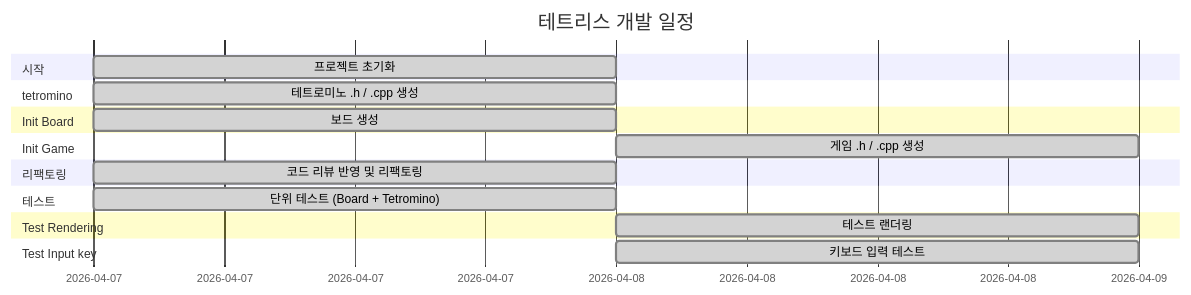
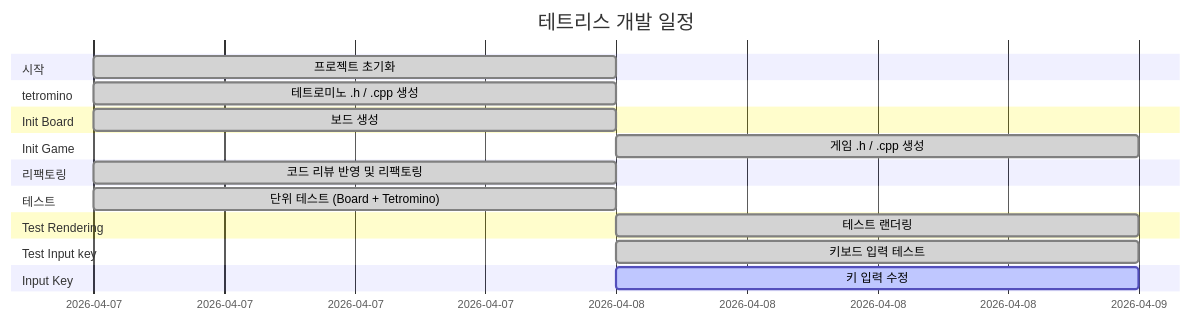
The diagram in README.md (Chance031/Tetris-cpp), drawn with Mermaid before and after one commit. The commit also changed other lines of this file, not shown here.

Commit message:
docs: README 자동 업데이트 [skip ci]

````diff
--- a/README.md
+++ b/README.md
@@ -27,21 +27,23 @@
 ```mermaid
 gantt
     title 테트리스 개발 일정
     dateFormat YYYY-MM-DD
     section 시작
         프로젝트 초기화 :done, init, 2026-04-07, 1d
     section tetromino
         테트로미노 .h / .cpp 생성 :done, t16803, 2026-04-07, 1d
     section Init Board
         보드 생성 :done, t84048, 2026-04-07, 1d
     section Init Game
         게임 .h / .cpp 생성 :done, t91896, 2026-04-08, 1d
     section 리팩토링
         코드 리뷰 반영 및 리팩토링 :done, refactor, 2026-04-07, 1d
     section 테스트
         단위 테스트 (Board + Tetromino) :done, test, 2026-04-07, 1d
     section Test Rendering
         테스트 랜더링 :done, t47867, 2026-04-08, 1d
     section Test Input key
         키보드 입력 테스트 :done, t8258, 2026-04-08, 1d
+    section Input Key
+        키 입력 수정 :active, t25803, 2026-04-08, 1d
 ```
````
